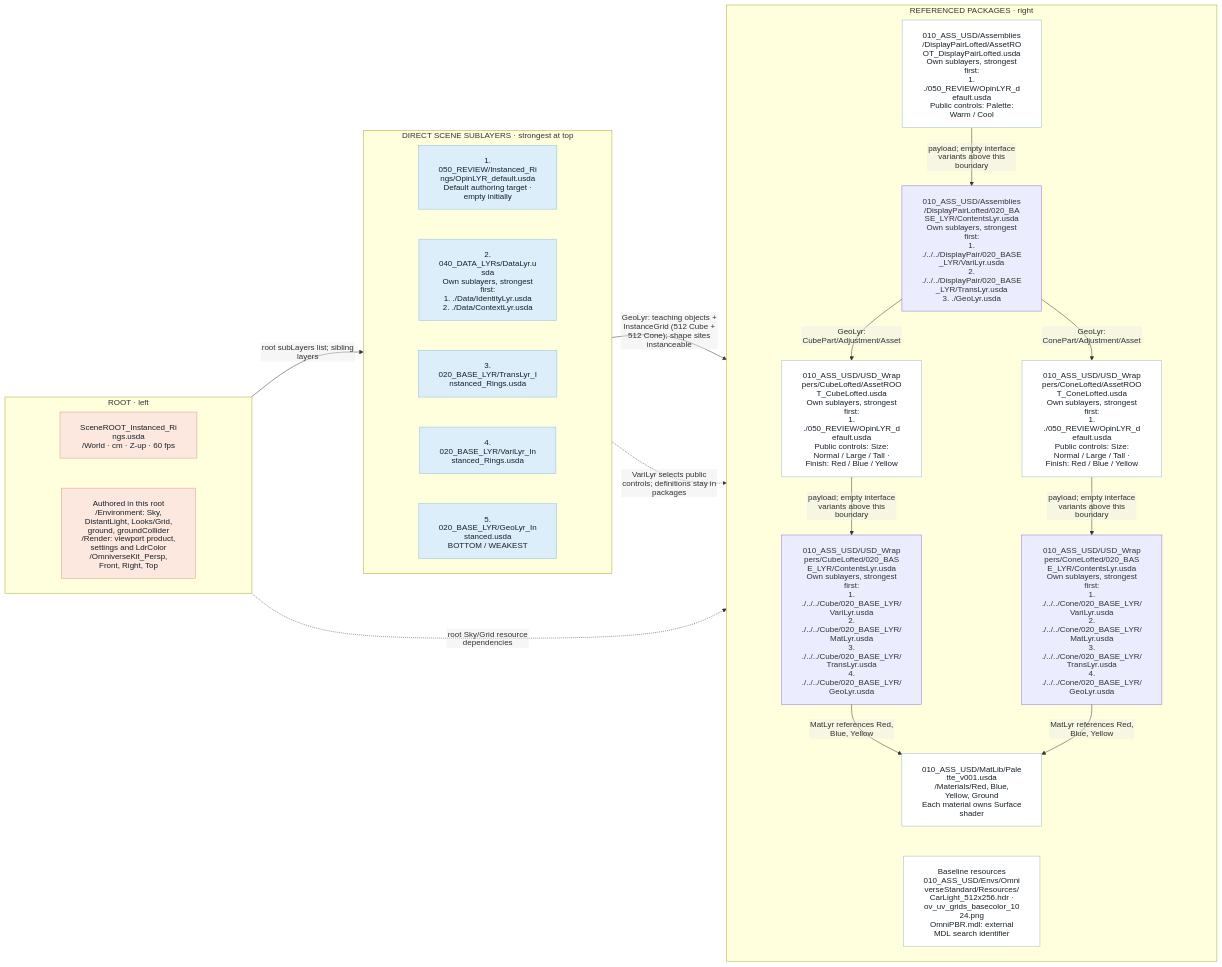
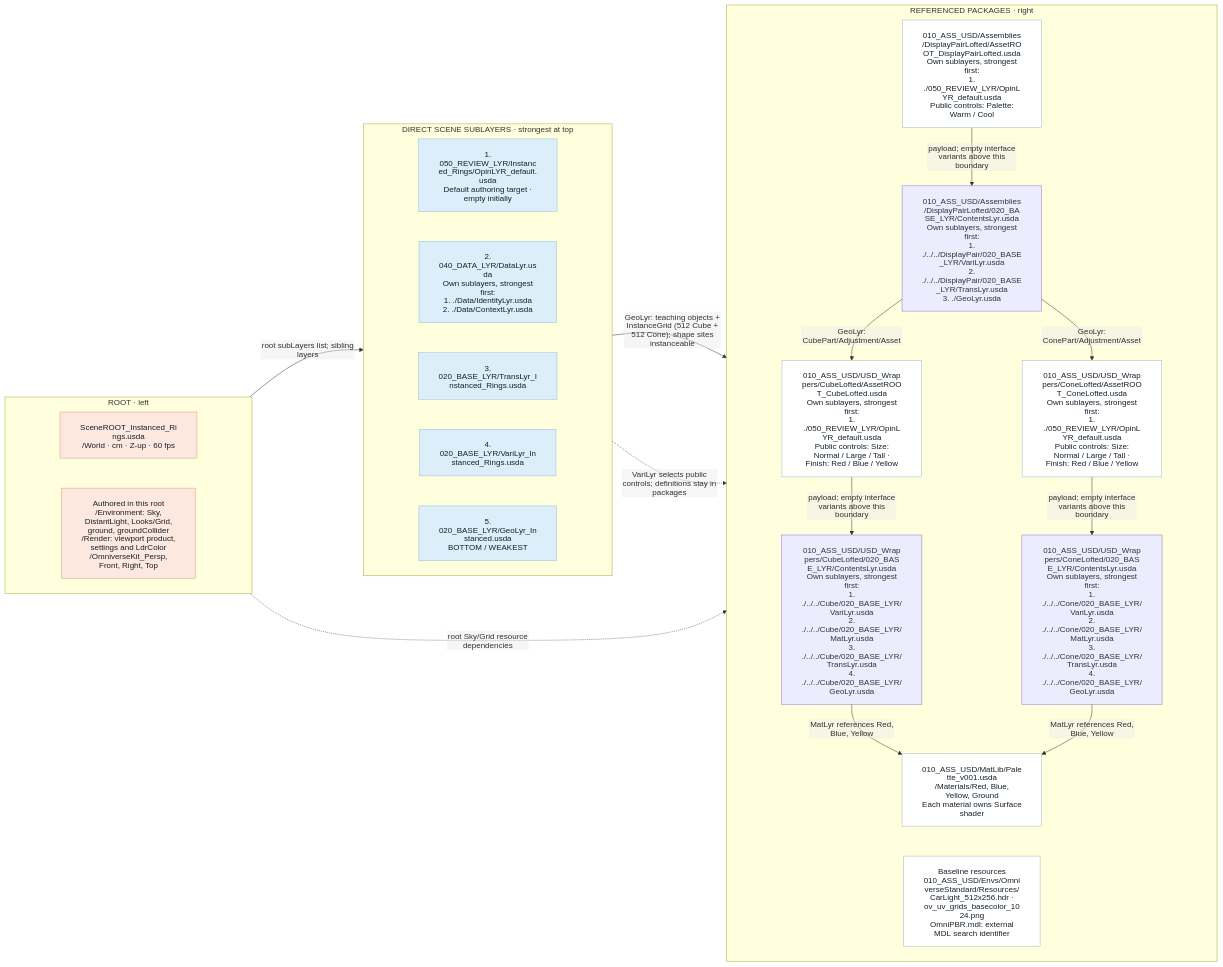
Diagram 14 of 15 in examples/01_LayeredScene/README.md (jph2/OpenUSD_GoodStart_CompositionContract), drawn with Mermaid before and after one commit. The commit also changed other lines of this file and 149 other files, not shown here.

````diff
--- a/examples/01_LayeredScene/README.md
+++ b/examples/01_LayeredScene/README.md
@@ -1169,51 +1125,51 @@
 ```mermaid
 %%{init: {"htmlLabels": false, "themeVariables": {"fontFamily": "Arial, sans-serif"}, "flowchart": {"htmlLabels": false, "padding": 20, "nodeSpacing": 200, "rankSpacing": 35, "diagramPadding": 20}}}%%
 flowchart LR
     subgraph ENTRY["ROOT · left"]
         direction TB
         R["SceneROOT_Instanced_Rings.usda<br/>/World · cm · Z-up · 60 fps"]
         B["Authored in this root<br/>/Environment: Sky, DistantLight, Looks/Grid, ground, groundCollider<br/>/Render: viewport product, settings and LdrColor<br/>/OmniverseKit_Persp, Front, Right, Top"]
         R ~~~ B
     end
     subgraph STACK["DIRECT SCENE SUBLAYERS · strongest at top"]
         direction TB
-        L0["1. 050_REVIEW/Instanced_Rings/OpinLYR_default.usda<br/>Default authoring target · empty initially"]
-        L1["2. 040_DATA_LYRs/DataLyr.usda<br/>Own sublayers, strongest first:<br/>1. ./Data/IdentityLyr.usda<br/>2. ./Data/ContextLyr.usda"]
+        L0["1. 050_REVIEW_LYR/Instanced_Rings/OpinLYR_default.usda<br/>Default authoring target · empty initially"]
+        L1["2. 040_DATA_LYR/DataLyr.usda<br/>Own sublayers, strongest first:<br/>1. ./Data/IdentityLyr.usda<br/>2. ./Data/ContextLyr.usda"]
         L0 ~~~ L1
         L2["3. 020_BASE_LYR/TransLyr_Instanced_Rings.usda"]
         L1 ~~~ L2
         L3["4. 020_BASE_LYR/VariLyr_Instanced_Rings.usda"]
         L2 ~~~ L3
         L4["5. 020_BASE_LYR/GeoLyr_Instanced.usda<br/>BOTTOM / WEAKEST"]
         L3 ~~~ L4
     end
     subgraph SOURCES["REFERENCED PACKAGES · right"]
         direction TB
-        PAIR["010_ASS_USD/Assemblies/DisplayPairLofted/AssetROOT_DisplayPairLofted.usda<br/>Own sublayers, strongest first:<br/>1. ./050_REVIEW/OpinLYR_default.usda<br/>Public controls: Palette: Warm / Cool"]
+        PAIR["010_ASS_USD/Assemblies/DisplayPairLofted/AssetROOT_DisplayPairLofted.usda<br/>Own sublayers, strongest first:<br/>1. ./050_REVIEW_LYR/OpinLYR_default.usda<br/>Public controls: Palette: Warm / Cool"]
         PAIRC["010_ASS_USD/Assemblies/DisplayPairLofted/020_BASE_LYR/ContentsLyr.usda<br/>Own sublayers, strongest first:<br/>1. ./../../DisplayPair/020_BASE_LYR/VariLyr.usda<br/>2. ./../../DisplayPair/020_BASE_LYR/TransLyr.usda<br/>3. ./GeoLyr.usda"]
         PAIR -->|"payload; empty interface variants above this boundary"| PAIRC
-        CUBE["010_ASS_USD/USD_Wrappers/CubeLofted/AssetROOT_CubeLofted.usda<br/>Own sublayers, strongest first:<br/>1. ./050_REVIEW/OpinLYR_default.usda<br/>Public controls: Size: Normal / Large / Tall · Finish: Red / Blue / Yellow"]
+        CUBE["010_ASS_USD/USD_Wrappers/CubeLofted/AssetROOT_CubeLofted.usda<br/>Own sublayers, strongest first:<br/>1. ./050_REVIEW_LYR/OpinLYR_default.usda<br/>Public controls: Size: Normal / Large / Tall · Finish: Red / Blue / Yellow"]
         CUBEC["010_ASS_USD/USD_Wrappers/CubeLofted/020_BASE_LYR/ContentsLyr.usda<br/>Own sublayers, strongest first:<br/>1. ./../../Cube/020_BASE_LYR/VariLyr.usda<br/>2. ./../../Cube/020_BASE_LYR/MatLyr.usda<br/>3. ./../../Cube/020_BASE_LYR/TransLyr.usda<br/>4. ./../../Cube/020_BASE_LYR/GeoLyr.usda"]
         CUBE -->|"payload; empty interface variants above this boundary"| CUBEC
-        CONE["010_ASS_USD/USD_Wrappers/ConeLofted/AssetROOT_ConeLofted.usda<br/>Own sublayers, strongest first:<br/>1. ./050_REVIEW/OpinLYR_default.usda<br/>Public controls: Size: Normal / Large / Tall · Finish: Red / Blue / Yellow"]
+        CONE["010_ASS_USD/USD_Wrappers/ConeLofted/AssetROOT_ConeLofted.usda<br/>Own sublayers, strongest first:<br/>1. ./050_REVIEW_LYR/OpinLYR_default.usda<br/>Public controls: Size: Normal / Large / Tall · Finish: Red / Blue / Yellow"]
         CONEC["010_ASS_USD/USD_Wrappers/ConeLofted/020_BASE_LYR/ContentsLyr.usda<br/>Own sublayers, strongest first:<br/>1. ./../../Cone/020_BASE_LYR/VariLyr.usda<br/>2. ./../../Cone/020_BASE_LYR/MatLyr.usda<br/>3. ./../../Cone/020_BASE_LYR/TransLyr.usda<br/>4. ./../../Cone/020_BASE_LYR/GeoLyr.usda"]
         CONE -->|"payload; empty interface variants above this boundary"| CONEC
         MAT["010_ASS_USD/MatLib/Palette_v001.usda<br/>/Materials/Red, Blue, Yellow, Ground<br/>Each material owns Surface shader"]
         RES["Baseline resources<br/>010_ASS_USD/Envs/OmniverseStandard/Resources/<br/>CarLight_512x256.hdr · ov_uv_grids_basecolor_1024.png<br/>OmniPBR.mdl: external MDL search identifier"]
         PAIRC -->|"GeoLyr: CubePart/Adjustment/Asset"| CUBE
         PAIRC -->|"GeoLyr: ConePart/Adjustment/Asset"| CONE
         CUBEC -->|"MatLyr references Red, Blue, Yellow"| MAT
         CONEC -->|"MatLyr references Red, Blue, Yellow"| MAT
         MAT ~~~ RES
     end
     ENTRY -->|"root subLayers list; sibling layers"| STACK
     STACK -->|"GeoLyr: teaching objects + InstanceGrid (512 Cube + 512 Cone); shape sites instanceable"| SOURCES
     STACK -.->|"VariLyr selects public controls; definitions stay in packages"| SOURCES
     ENTRY -.->|"root Sky/Grid resource dependencies"| SOURCES
     classDef ccRoot fill:#fde8df,stroke:#d99b84,color:#17212b
     classDef layer fill:#dceef9,stroke:#91bfd8,color:#17212b
     classDef asset fill:#ffffff,stroke:#9db9c8,color:#17212b
     class R,B ccRoot
     class L0,L1,L2,L3,L4 layer
     class PAIR,CUBE,CONE,MAT,RES asset
 ```
````
